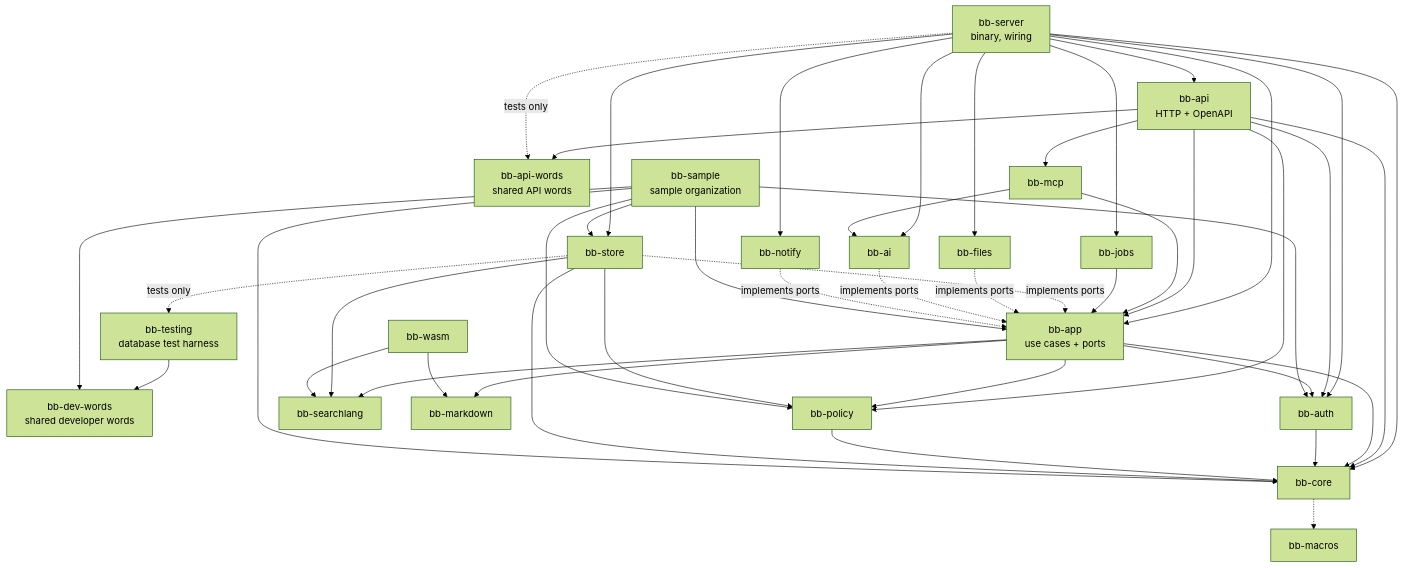
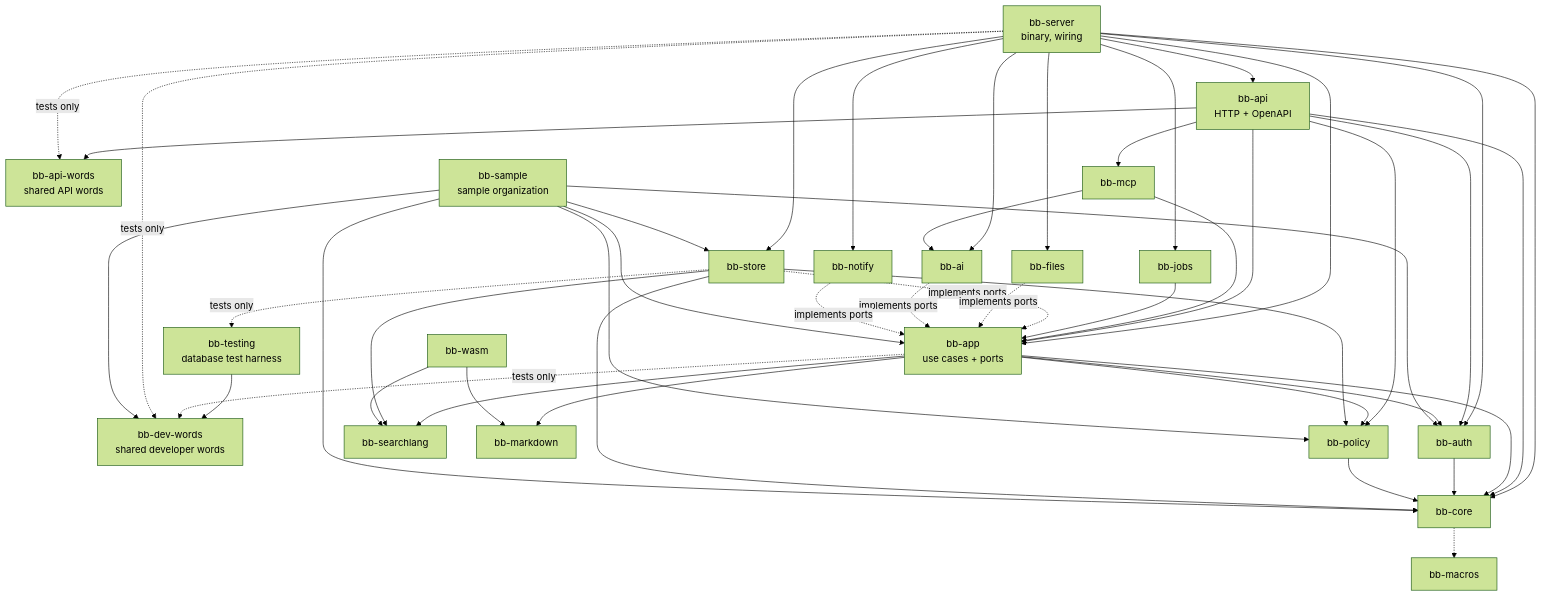
Before and after one commit to Nusi42/Bugaboo: the diagram in docs/architecture/04-building-blocks.md, drawn with Mermaid (forest theme). The commit also changed other lines of this file and 37 other files, not shown here.

````diff
--- a/docs/architecture/04-building-blocks.md
+++ b/docs/architecture/04-building-blocks.md
@@ -46,42 +46,44 @@
 ```mermaid
 flowchart TB
   server["bb-server<br/>binary, wiring"]
   api["bb-api<br/>HTTP + OpenAPI"]
   words["bb-api-words<br/>shared API words"]
   devwords["bb-dev-words<br/>shared developer words"]
   mcp["bb-mcp"]
   app["bb-app<br/>use cases + ports"]
   policy["bb-policy"]
   core["bb-core"]
   macros["bb-macros"]
   search["bb-searchlang"]
   md["bb-markdown"]
   store["bb-store"]
   files["bb-files"]
   auth["bb-auth"]
   ai["bb-ai"]
   notify["bb-notify"]
   jobs["bb-jobs"]
   wasm["bb-wasm"]
   testing["bb-testing<br/>database test harness"]
   sample["bb-sample<br/>sample organization"]
 
   server --> api & jobs & store & files & ai & notify & auth & app & core
   api --> app & auth & mcp & core & policy & words
   mcp --> app & ai
   jobs --> app
   app --> policy & core & search & md & auth
   auth --> core
   policy --> core
   core -.-> macros
   store -. implements ports .-> app
   files -. implements ports .-> app
   ai -. implements ports .-> app
   notify -. implements ports .-> app
   store --> search & policy & core
   wasm --> search & md
   store -. tests only .-> testing
   server -. tests only .-> words
   testing --> devwords
+  app -. tests only .-> devwords
+  server -. tests only .-> devwords
   sample --> app & store & core & policy & auth & devwords
 ```
````
